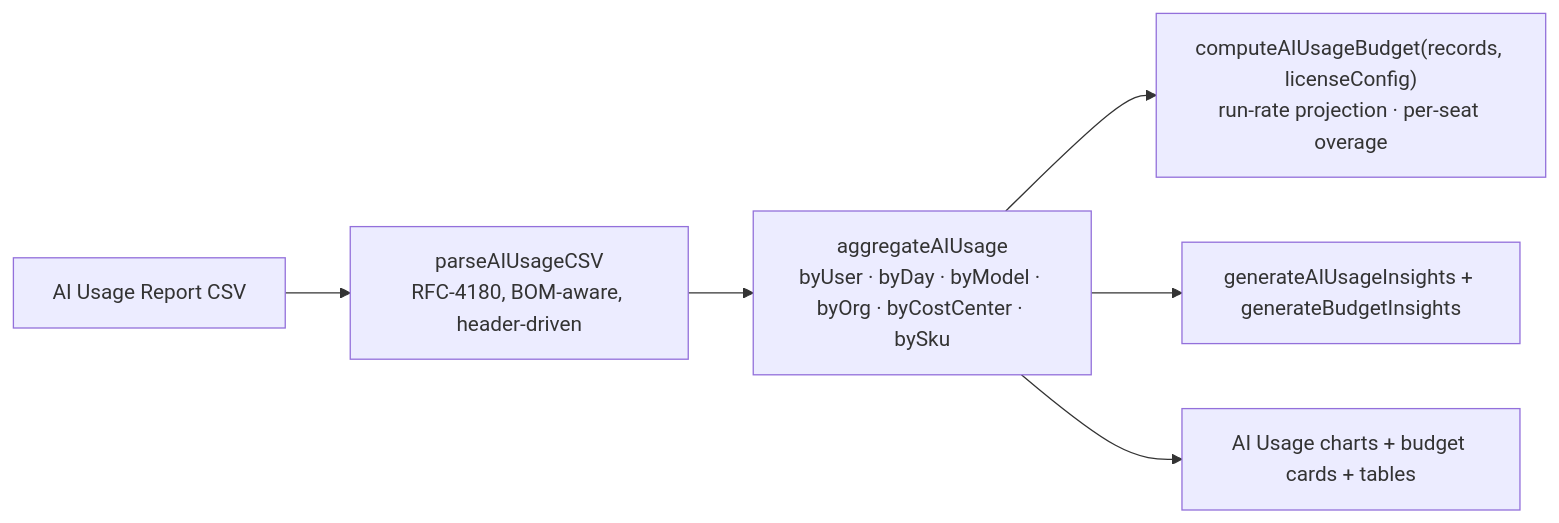
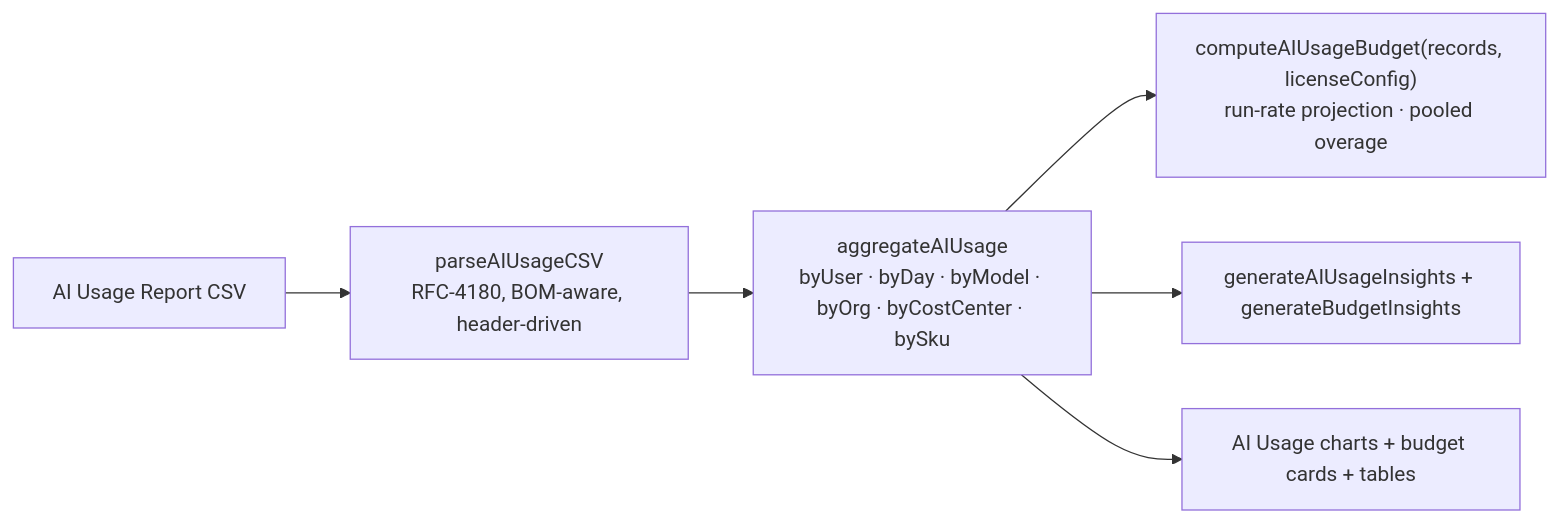
The third of 5 diagrams in docs/architecture.md (kinncj/GitHub-Copilot-Enterprise-Dashboard), drawn with Mermaid before and after one commit. The commit also changed other lines of this file and 4 other files, not shown here.

First line of the commit message:
docs: align README + docs with the pooled-overage billing model

````diff
--- a/docs/architecture.md
+++ b/docs/architecture.md
@@ -78,8 +78,8 @@
 ```mermaid
 flowchart LR
   CSV[AI Usage Report CSV] --> P["parseAIUsageCSV\nRFC-4180, BOM-aware, header-driven"]
   P --> AG["aggregateAIUsage\nbyUser · byDay · byModel · byOrg · byCostCenter · bySku"]
-  AG --> BUD["computeAIUsageBudget(records, licenseConfig)\nrun-rate projection · per-seat overage"]
+  AG --> BUD["computeAIUsageBudget(records, licenseConfig)\nrun-rate projection · pooled overage"]
   AG --> INS["generateAIUsageInsights + generateBudgetInsights"]
   AG --> CH["AI Usage charts + budget cards + tables"]
 ```
````
